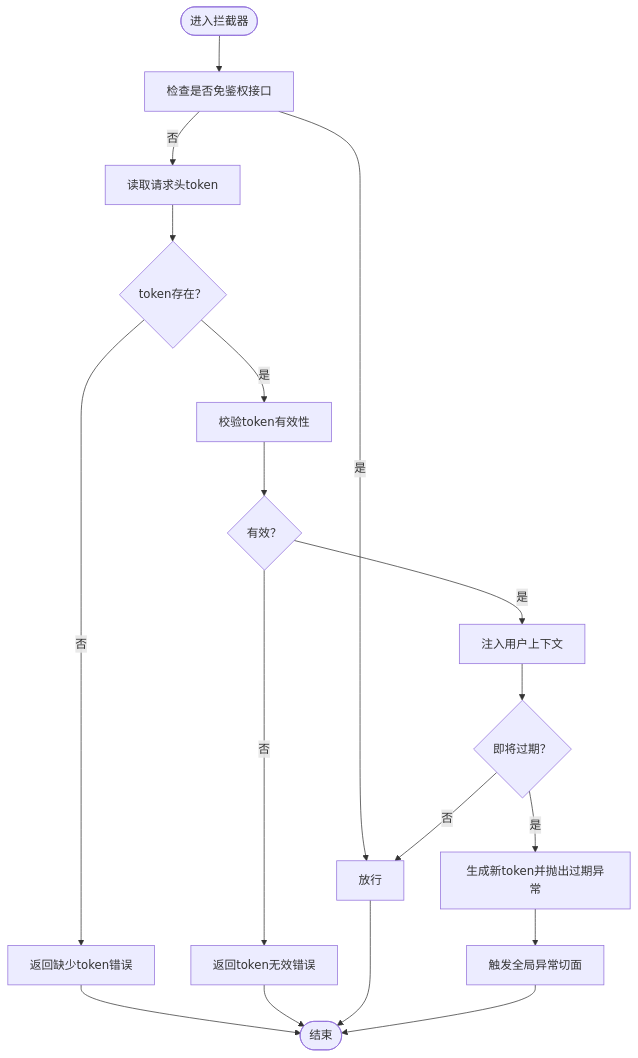
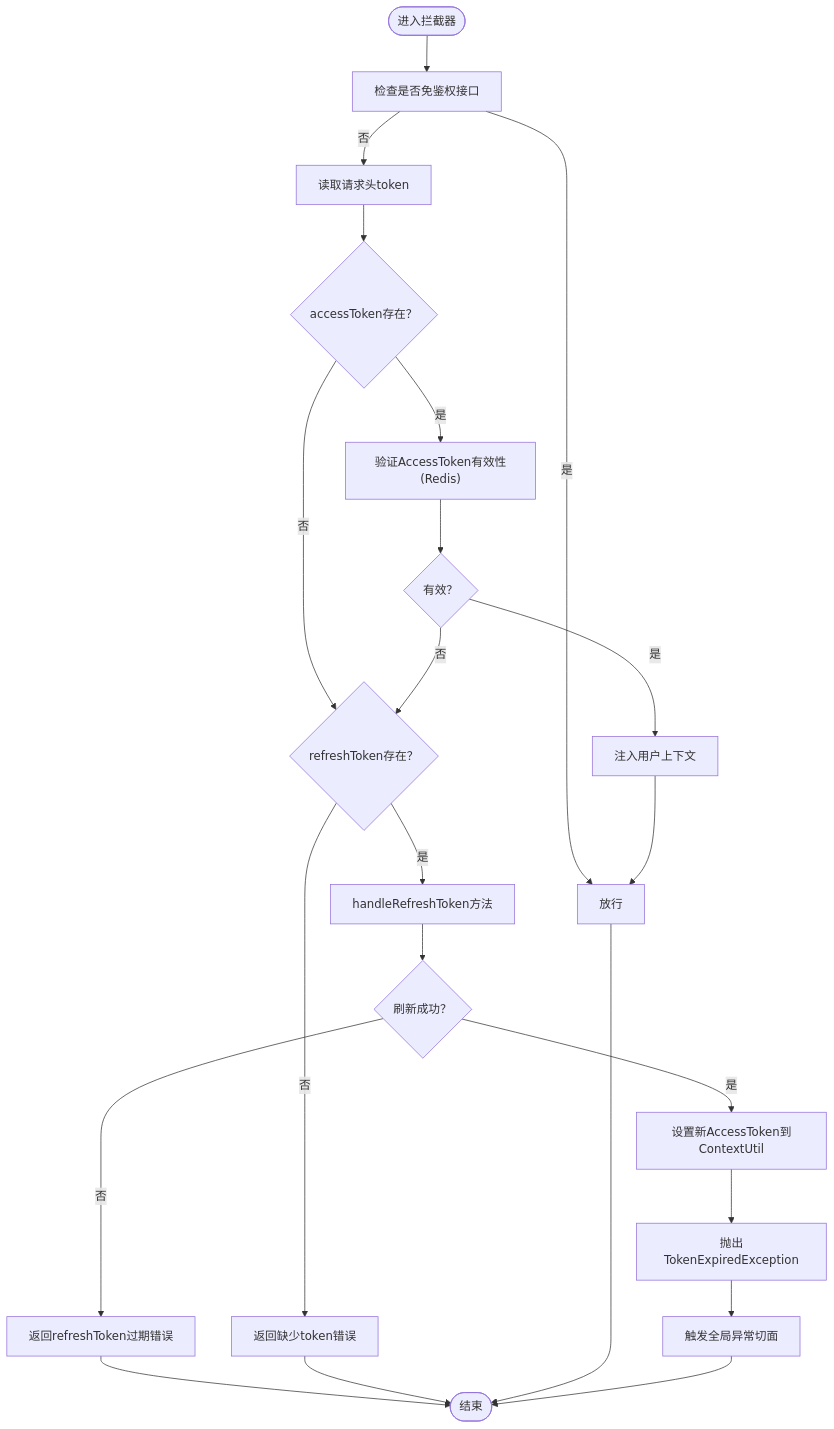
Before and after one commit to liftp/chat_simple: the sixth of 9 diagrams in .qoder/repowiki/zh/content/配置管理/全局异常处理.md, drawn with Mermaid. The commit also changed other lines of this file and 6 other files, not shown here.

````diff
--- a/.qoder/repowiki/zh/content/配置管理/全局异常处理.md
+++ b/.qoder/repowiki/zh/content/配置管理/全局异常处理.md
@@ -231,20 +260,24 @@
 ```mermaid
 flowchart TD
 Start(["进入拦截器"]) --> CheckAuth["检查是否免鉴权接口"]
 CheckAuth --> |是| Pass["放行"]
 CheckAuth --> |否| ReadToken["读取请求头token"]
-ReadToken --> HasToken{"token存在？"}
-HasToken --> |否| LackResp["返回缺少token错误"]
-HasToken --> |是| Verify["校验token有效性"]
-Verify --> Valid{"有效？"}
-Valid --> |否| InvalidResp["返回token无效错误"]
-Valid --> |是| Inject["注入用户上下文"]
-Inject --> Expired{"即将过期？"}
-Expired --> |是| NewToken["生成新token并抛出过期异常"]
-Expired --> |否| Pass
-NewToken --> Aspect["触发全局异常切面"]
-LackResp --> End(["结束"])
-InvalidResp --> End
+ReadToken --> HasAccessToken{"accessToken存在？"}
+HasAccessToken --> |否| HasRefreshToken{"refreshToken存在？"}
+HasAccessToken --> |是| VerifyAccessToken["验证AccessToken有效性(Redis)"]
+VerifyAccessToken --> AccessTokenValid{"有效？"}
+AccessTokenValid --> |是| Inject["注入用户上下文"]
+Inject --> Pass
+AccessTokenValid --> |否| HasRefreshToken
+HasRefreshToken --> |是| HandleRefresh["handleRefreshToken方法"]
+HasRefreshToken --> |否| LackResp["返回缺少token错误"]
+HandleRefresh --> RefreshSuccess{"刷新成功？"}
+RefreshSuccess --> |是| SetNewToken["设置新AccessToken到ContextUtil"]
+SetNewToken --> ThrowException["抛出TokenExpiredException"]
+ThrowException --> Aspect["触发全局异常切面"]
+RefreshSuccess --> |否| RefreshFail["返回refreshToken过期错误"]
+RefreshFail --> End(["结束"])
+LackResp --> End
 Pass --> End
 Aspect --> End
 ```
````
